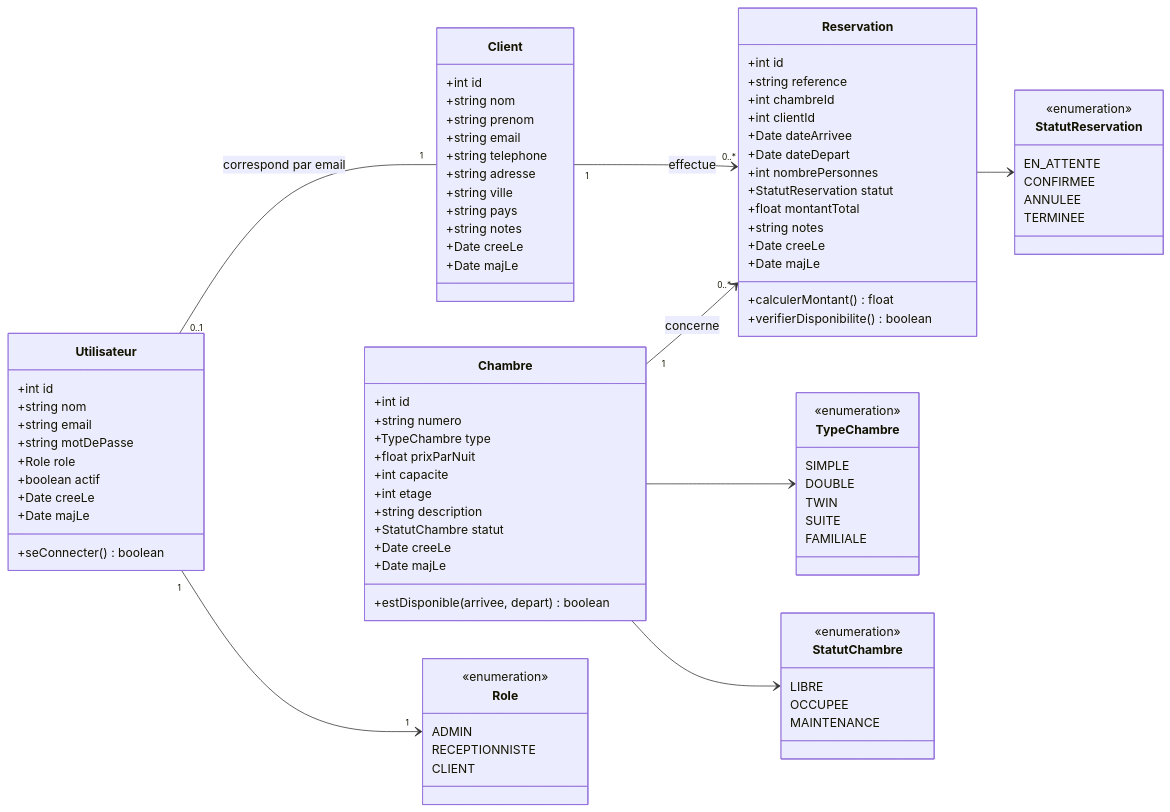
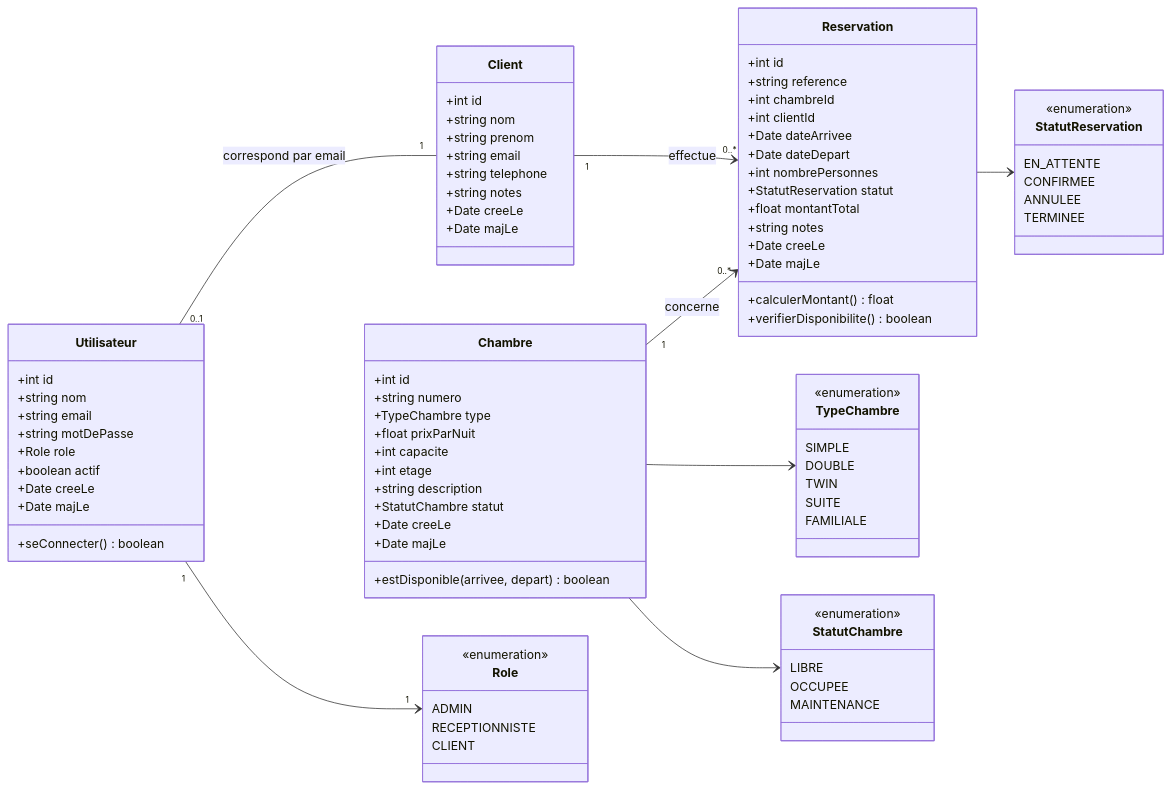
One commit to IsholaRsk/ArenaHotels changed the second of 3 diagrams in docs/conception.md. Above: the diagram before and after it, drawn with Mermaid. The commit also changed other lines of this file and 8 other files, not shown here.

First line of the commit message:
Nettoyage fiches clients : plus d'adresse, de ville ni de pays

```diff
--- a/docs/conception.md
+++ b/docs/conception.md
@@ -90,9 +90,6 @@
     +string prenom
     +string email
     +string telephone
-    +string adresse
-    +string ville
-    +string pays
     +string notes
     +Date creeLe
     +Date majLe
```
